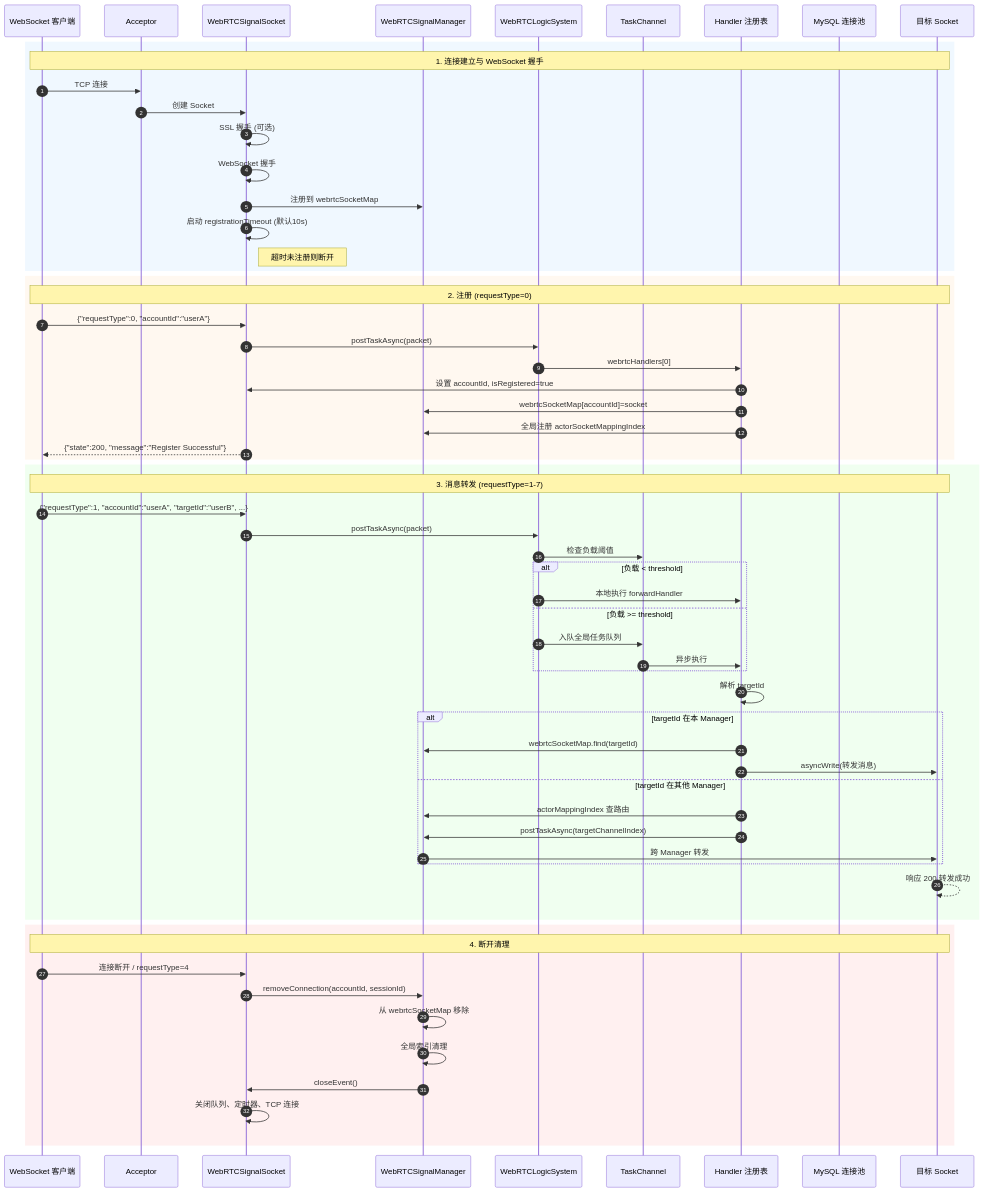
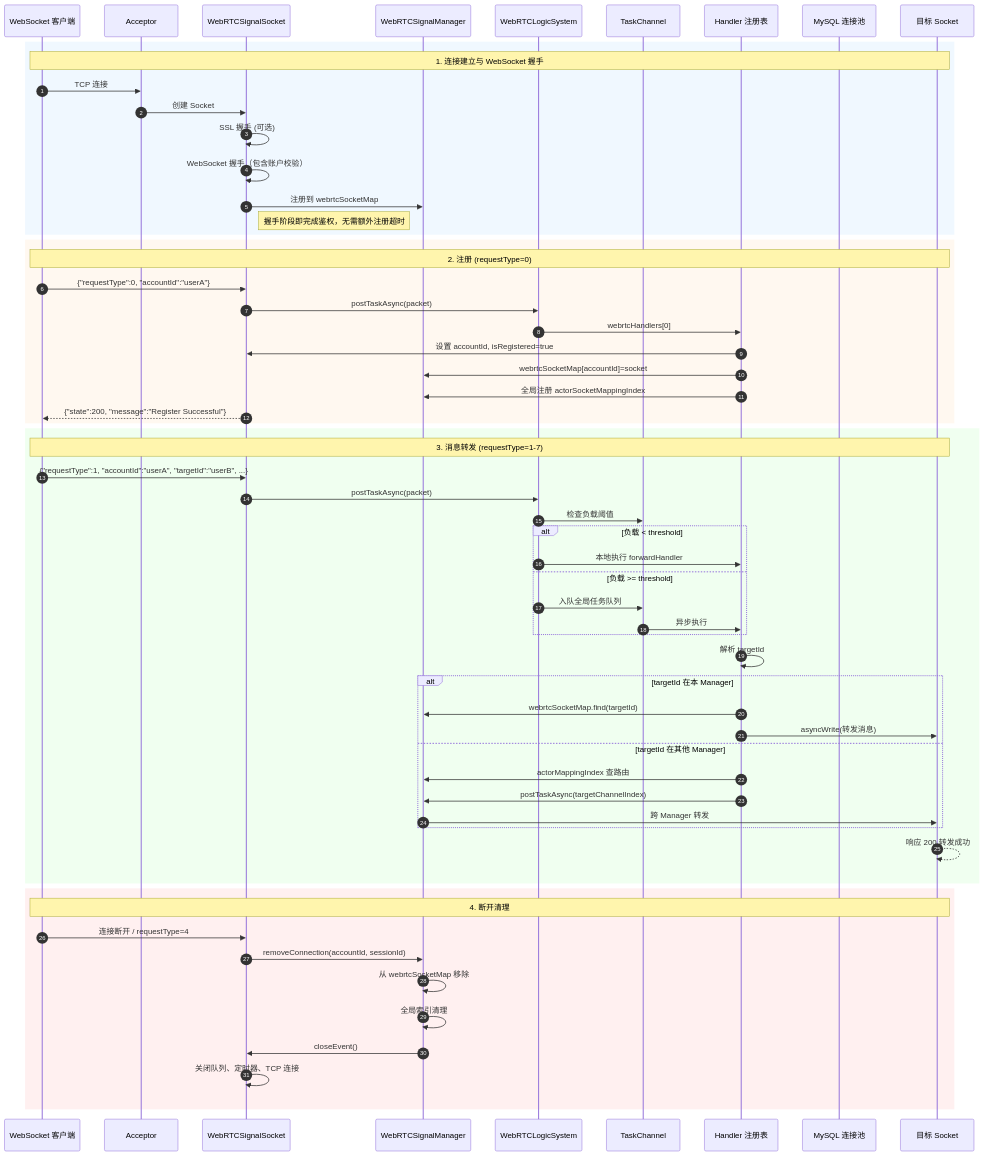
Before and after one commit to HopeTiga/HopeDesk: the second of 5 diagrams in webrtc-signal-server.md, drawn with Mermaid. The commit also changed other lines of this file, not shown here.

````diff
--- a/webrtc-signal-server.md
+++ b/webrtc-signal-server.md
@@ -78,72 +79,71 @@
 ```mermaid
 sequenceDiagram
     autonumber
     participant Client as WebSocket 客户端
     participant Acceptor as Acceptor
     participant Socket as WebRTCSignalSocket
     participant Manager as WebRTCSignalManager
     participant Logic as WebRTCLogicSystem
     participant TaskQ as TaskChannel
     participant Handlers as Handler 注册表
     participant MySQL as MySQL 连接池
     participant Target as 目标 Socket
 
     %% 连接建立阶段
     rect rgb(240, 248, 255)
         Note over Client,Target: 1. 连接建立与 WebSocket 握手
         Client->>Acceptor: TCP 连接
         Acceptor->>Socket: 创建 Socket
         Socket->>Socket: SSL 握手 (可选)
-        Socket->>Socket: WebSocket 握手
+        Socket->>Socket: WebSocket 握手（包含账户校验）
         Socket->>Manager: 注册到 webrtcSocketMap
-        Socket->>Socket: 启动 registrationTimeout (默认10s)
-        Note right of Socket: 超时未注册则断开
+        Note right of Socket: 握手阶段即完成鉴权，无需额外注册超时
     end
 
     %% 注册阶段
     rect rgb(255, 248, 240)
         Note over Client,Target: 2. 注册 (requestType=0)
         Client->>Socket: {"requestType":0, "accountId":"userA"}
         Socket->>Logic: postTaskAsync(packet)
         Logic->>Handlers: webrtcHandlers[0]
         Handlers->>Socket: 设置 accountId, isRegistered=true
         Handlers->>Manager: webrtcSocketMap[accountId]=socket
         Handlers->>Manager: 全局注册 actorSocketMappingIndex
         Socket-->>Client: {"state":200, "message":"Register Successful"}
     end
 
     %% 消息转发阶段
     rect rgb(240, 255, 240)
         Note over Client,Target: 3. 消息转发 (requestType=1-7)
         Client->>Socket: {"requestType":1, "accountId":"userA", "targetId":"userB", ...}
         Socket->>Logic: postTaskAsync(packet)
         Logic->>TaskQ: 检查负载阈值
         alt 负载 < threshold
             Logic->>Handlers: 本地执行 forwardHandler
         else 负载 >= threshold
             Logic->>TaskQ: 入队全局任务队列
             TaskQ->>Handlers: 异步执行
         end
         Handlers->>Handlers: 解析 targetId
         alt targetId 在本 Manager
             Handlers->>Manager: webrtcSocketMap.find(targetId)
             Handlers->>Target: asyncWrite(转发消息)
         else targetId 在其他 Manager
             Handlers->>Manager: actorMappingIndex 查路由
             Handlers->>Manager: postTaskAsync(targetChannelIndex)
             Manager->>Target: 跨 Manager 转发
         end
         Target-->>Target: 响应 200 转发成功
     end
 
     %% 断开连接
     rect rgb(255, 240, 240)
         Note over Client,Target: 4. 断开清理
         Client->>Socket: 连接断开 / requestType=4
         Socket->>Manager: removeConnection(accountId, sessionId)
         Manager->>Manager: 从 webrtcSocketMap 移除
         Manager->>Manager: 全局索引清理
         Manager->>Socket: closeEvent()
         Socket->>Socket: 关闭队列、定时器、TCP 连接
     end
 ```
````
